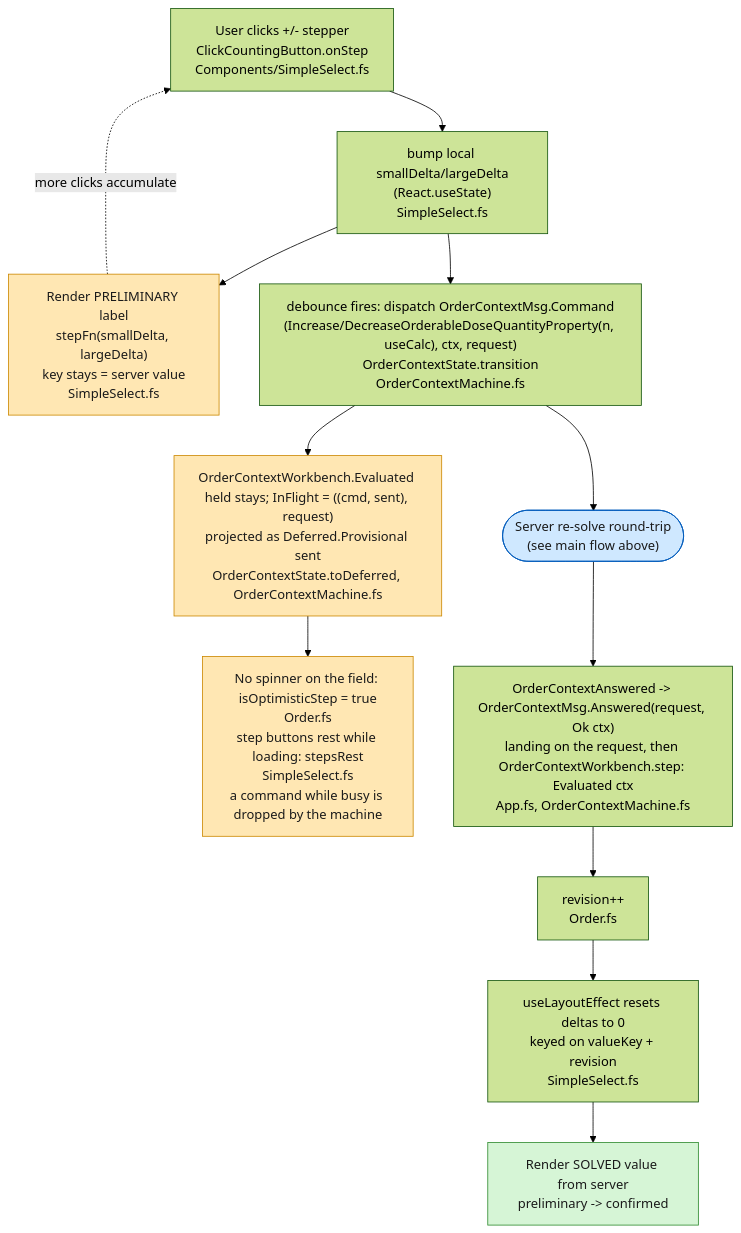
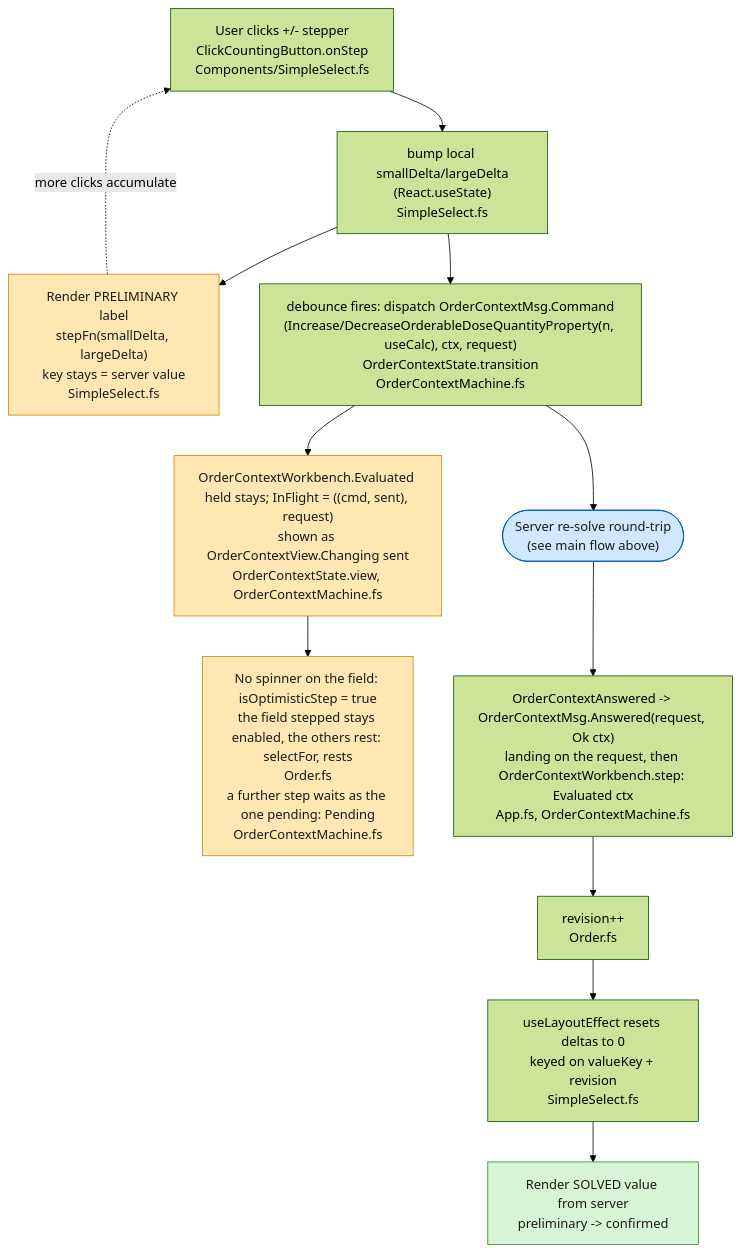
One commit to informedica/GenPRES changed the second of 2 diagrams in docs/domain/dose-quantity-stepping-flow.md. Above: the diagram before and after it, drawn with Mermaid (forest theme). The commit also changed other lines of this file and 3 other files, not shown here.

First line of the commit message:
docs(client): plan 706 as built; the stepping flow on the view cases

````diff
--- a/docs/domain/dose-quantity-stepping-flow.md
+++ b/docs/domain/dose-quantity-stepping-flow.md
@@ -61,28 +62,28 @@
 ```mermaid
 flowchart TD
     CLICK["User clicks +/- stepper<br/>ClickCountingButton.onStep<br/>Components/SimpleSelect.fs"]
     DELTA["bump local smallDelta/largeDelta<br/>(React.useState)<br/>SimpleSelect.fs"]
     PRELIM["Render PRELIMINARY label<br/>stepFn(smallDelta, largeDelta)<br/>key stays = server value<br/>SimpleSelect.fs"]
     DISPATCH["debounce fires: dispatch OrderContextMsg.Command<br/>(Increase/DecreaseOrderableDoseQuantityProperty(n, useCalc), ctx, request)<br/>OrderContextState.transition<br/>OrderContextMachine.fs"]
 
-    REC["OrderContextWorkbench.Evaluated held stays; InFlight = ((cmd, sent), request)<br/>projected as Deferred.Provisional sent<br/>OrderContextState.toDeferred, OrderContextMachine.fs"]
-    KEEP["No spinner on the field: isOptimisticStep = true<br/>Order.fs<br/>step buttons rest while loading: stepsRest<br/>SimpleSelect.fs<br/>a command while busy is dropped by the machine"]
+    REC["OrderContextWorkbench.Evaluated held stays; InFlight = ((cmd, sent), request)<br/>shown as OrderContextView.Changing sent<br/>OrderContextState.view, OrderContextMachine.fs"]
+    KEEP["No spinner on the field: isOptimisticStep = true<br/>the field stepped stays enabled, the others rest: selectFor, rests<br/>Order.fs<br/>a further step waits as the one pending: Pending<br/>OrderContextMachine.fs"]
 
     SERVER(["Server re-solve round-trip<br/>(see main flow above)"])
 
     DONE["OrderContextAnswered -> OrderContextMsg.Answered(request, Ok ctx)<br/>landing on the request, then OrderContextWorkbench.step: Evaluated ctx<br/>App.fs, OrderContextMachine.fs"]
     BUMP["revision++<br/>Order.fs"]
     RESET["useLayoutEffect resets deltas to 0<br/>keyed on valueKey + revision<br/>SimpleSelect.fs"]
     FINAL["Render SOLVED value from server<br/>preliminary -> confirmed"]
 
     CLICK --> DELTA --> PRELIM
     DELTA --> DISPATCH --> REC --> KEEP
     PRELIM -. "more clicks accumulate" .-> CLICK
     DISPATCH --> SERVER --> DONE --> BUMP --> RESET --> FINAL
 
     style PRELIM fill:#ffe7b3,stroke:#cc8800,color:#1a1a1a
     style REC fill:#ffe7b3,stroke:#cc8800,color:#1a1a1a
     style KEEP fill:#ffe7b3,stroke:#cc8800,color:#1a1a1a
     style FINAL fill:#d6f5d6,stroke:#2e8b2e,color:#1a1a1a
     style SERVER fill:#cfe8ff,stroke:#005bbb,color:#1a1a1a
 ```
````
